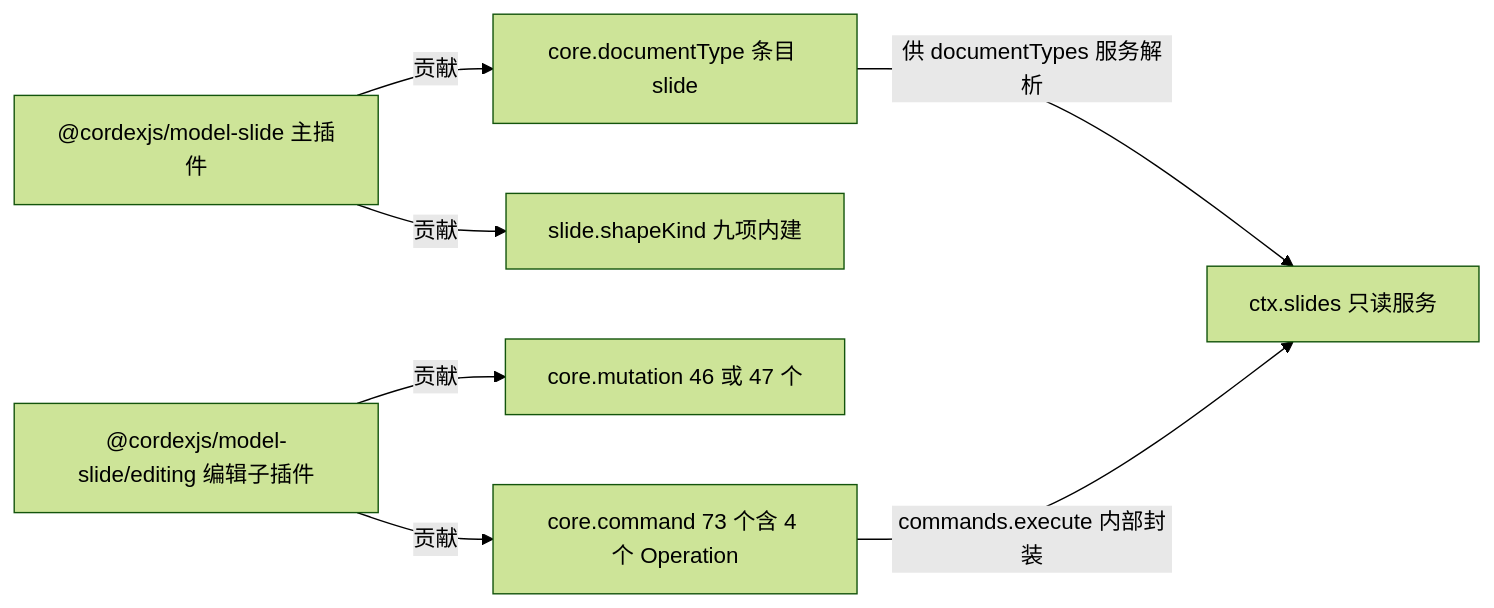
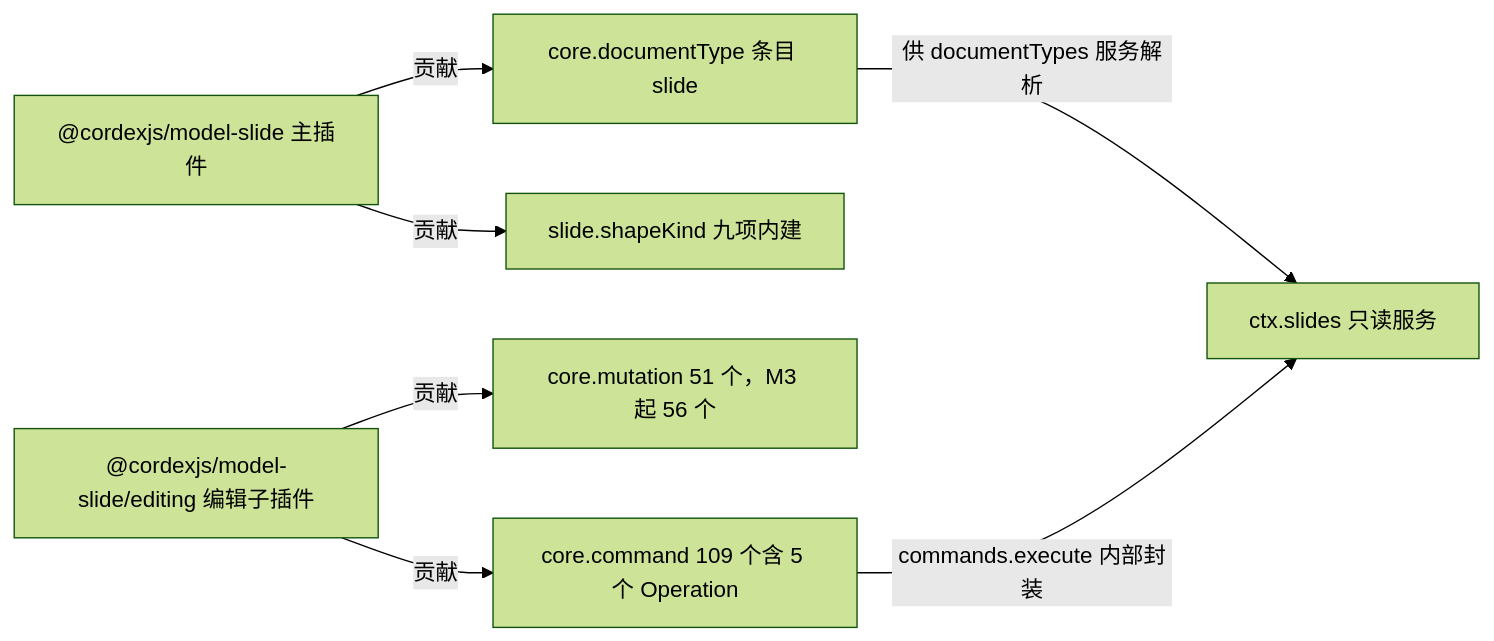
The sixth of 9 diagrams in docs/40-modules/03-slide-domain-model.md (Xeonice/cordis-ppt-editor), drawn with Mermaid (forest theme) before and after one commit. The commit also changed other lines of this file and 78 other files, not shown here.

````diff
--- a/docs/40-modules/03-slide-domain-model.md
+++ b/docs/40-modules/03-slide-domain-model.md
@@ -435,16 +505,16 @@
 ```mermaid
 flowchart LR
   pluginMain["@cordexjs/model-slide 主插件"]
   pluginEditing["@cordexjs/model-slide/editing 编辑子插件"]
   pointDocType["core.documentType 条目 slide"]
   pointShapeKind["slide.shapeKind 九项内建"]
-  pointMutation["core.mutation 46 或 47 个"]
-  pointCommand["core.command 73 个含 4 个 Operation"]
+  pointMutation["core.mutation 51 个，M3 起 56 个"]
+  pointCommand["core.command 109 个含 5 个 Operation"]
   serviceSlides["ctx.slides 只读服务"]
   pluginMain -- "贡献" --> pointDocType
   pluginMain -- "贡献" --> pointShapeKind
   pluginEditing -- "贡献" --> pointMutation
   pluginEditing -- "贡献" --> pointCommand
   pointDocType -- "供 documentTypes 服务解析" --> serviceSlides
   pointCommand -- "commands.execute 内部封装" --> serviceSlides
 ```
````
